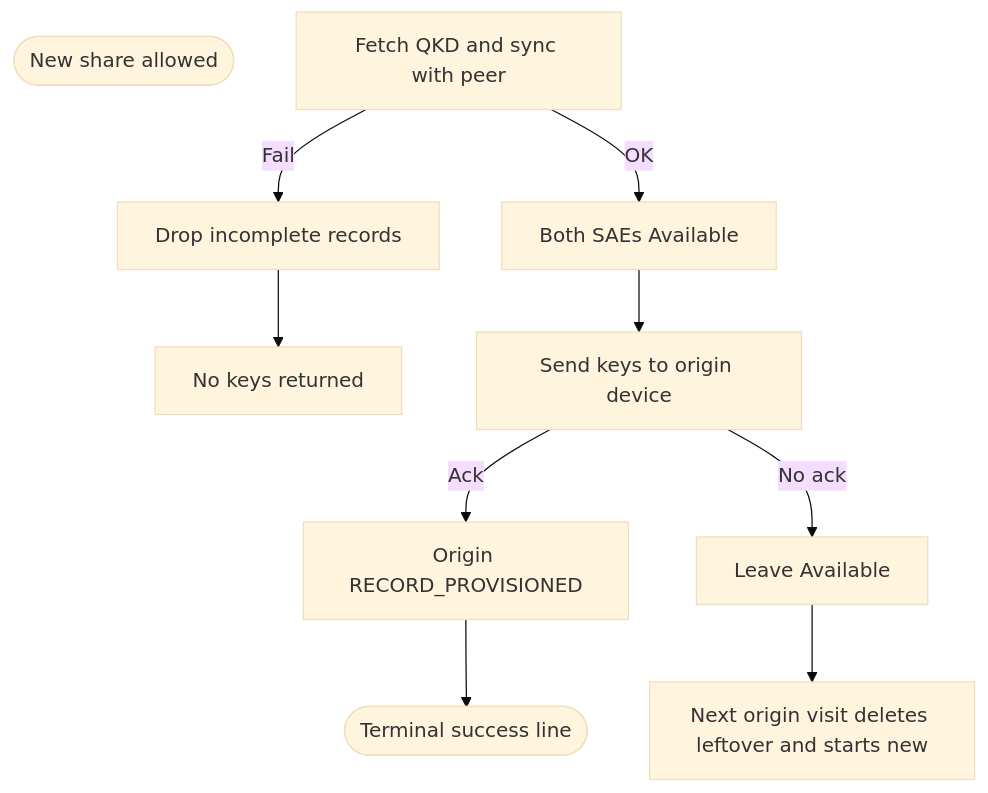
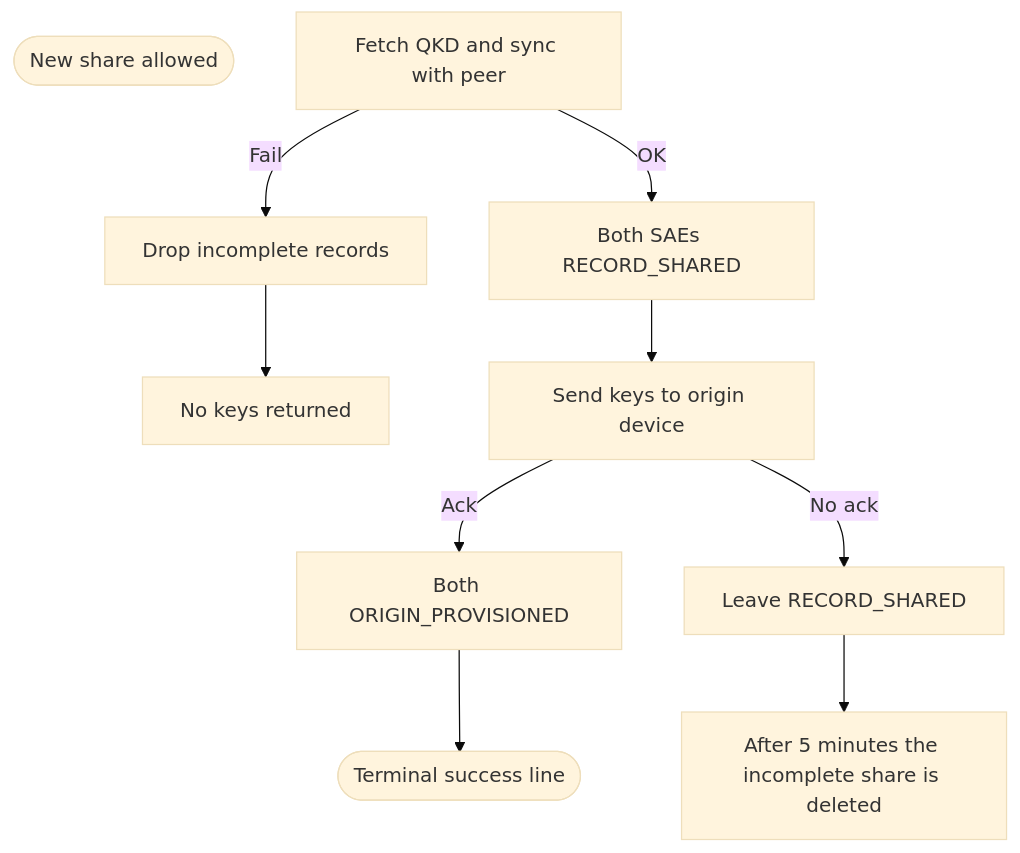
One commit to vonasmic/one-time-pad-keychain changed the seventh of 10 diagrams in JAVA_APPS/docs/FLOWCHARTS.md. Above: the diagram before and after it, drawn with Mermaid (base theme). The commit also changed other lines of this file and 98 other files, not shown here.

````diff
--- a/JAVA_APPS/docs/FLOWCHARTS.md
+++ b/JAVA_APPS/docs/FLOWCHARTS.md
@@ -215,13 +215,13 @@
 ```mermaid
 flowchart TD
     Start([New share allowed])
     Exchange[Fetch QKD and sync with peer]
     Exchange -->|Fail| Rollback[Drop incomplete records]
     Rollback --> NoKeys[No keys returned]
-    Exchange -->|OK| BothAvail[Both SAEs Available]
+    Exchange -->|OK| BothAvail[Both SAEs RECORD_SHARED]
     BothAvail --> Send[Send keys to origin device]
-    Send -->|Ack| Prov[Origin RECORD_PROVISIONED]
-    Send -->|No ack| LeftAvail[Leave Available]
+    Send -->|Ack| Prov[Both ORIGIN_PROVISIONED]
+    Send -->|No ack| LeftAvail[Leave RECORD_SHARED]
     Prov --> Done([Terminal success line])
-    LeftAvail --> NextVisit[Next origin visit deletes leftover and starts new]
+    LeftAvail --> NextVisit[After 5 minutes the incomplete share is deleted]
 ```
````
